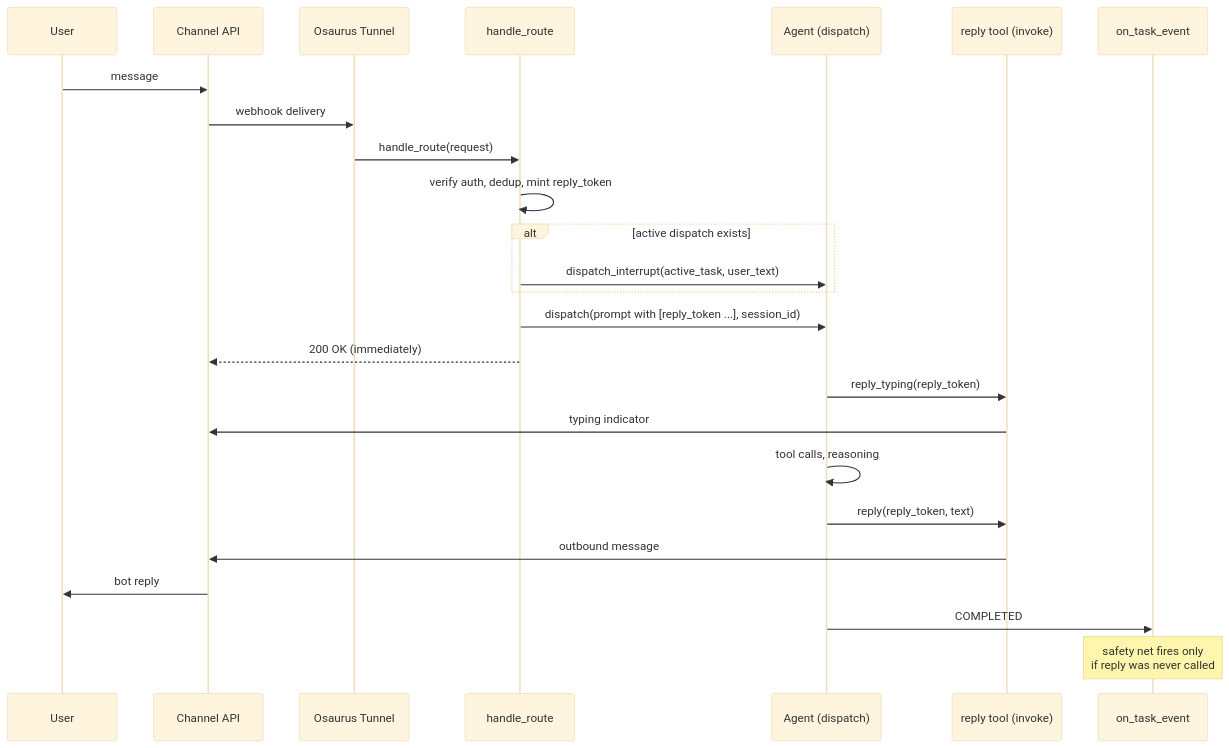
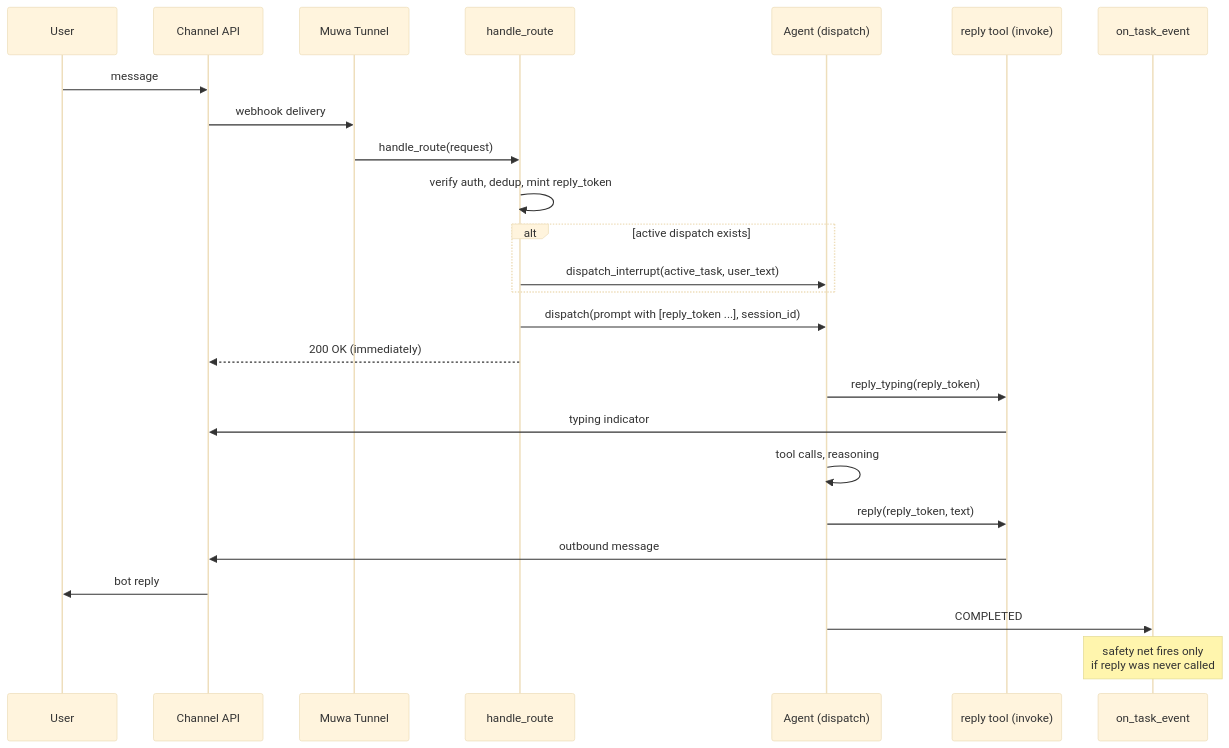
Before and after one commit to dingxiang-me/Muwa: the diagram in docs/plugins/MESSAGING_PATTERN.md, drawn with Mermaid (base theme). The commit also changed other lines of this file and 2811 other files, not shown here.

````diff
--- a/docs/plugins/MESSAGING_PATTERN.md
+++ b/docs/plugins/MESSAGING_PATTERN.md
@@ -138,28 +138,28 @@
 ```mermaid
 sequenceDiagram
   participant User
   participant Channel as Channel API
-  participant Tunnel as Osaurus Tunnel
+  participant Tunnel as Muwa Tunnel
   participant Route as handle_route
   participant Agent as Agent (dispatch)
   participant Tool as reply tool (invoke)
   participant Event as on_task_event
 
   User->>Channel: message
   Channel->>Tunnel: webhook delivery
   Tunnel->>Route: handle_route(request)
   Route->>Route: verify auth, dedup, mint reply_token
   alt active dispatch exists
     Route->>Agent: dispatch_interrupt(active_task, user_text)
   end
   Route->>Agent: dispatch(prompt with [reply_token ...], session_id)
   Route-->>Channel: 200 OK (immediately)
   Agent->>Tool: reply_typing(reply_token)
   Tool->>Channel: typing indicator
   Agent->>Agent: tool calls, reasoning
   Agent->>Tool: reply(reply_token, text)
   Tool->>Channel: outbound message
   Channel->>User: bot reply
   Agent->>Event: COMPLETED
   Note over Event: safety net fires only<br/>if reply was never called
 ```
````
